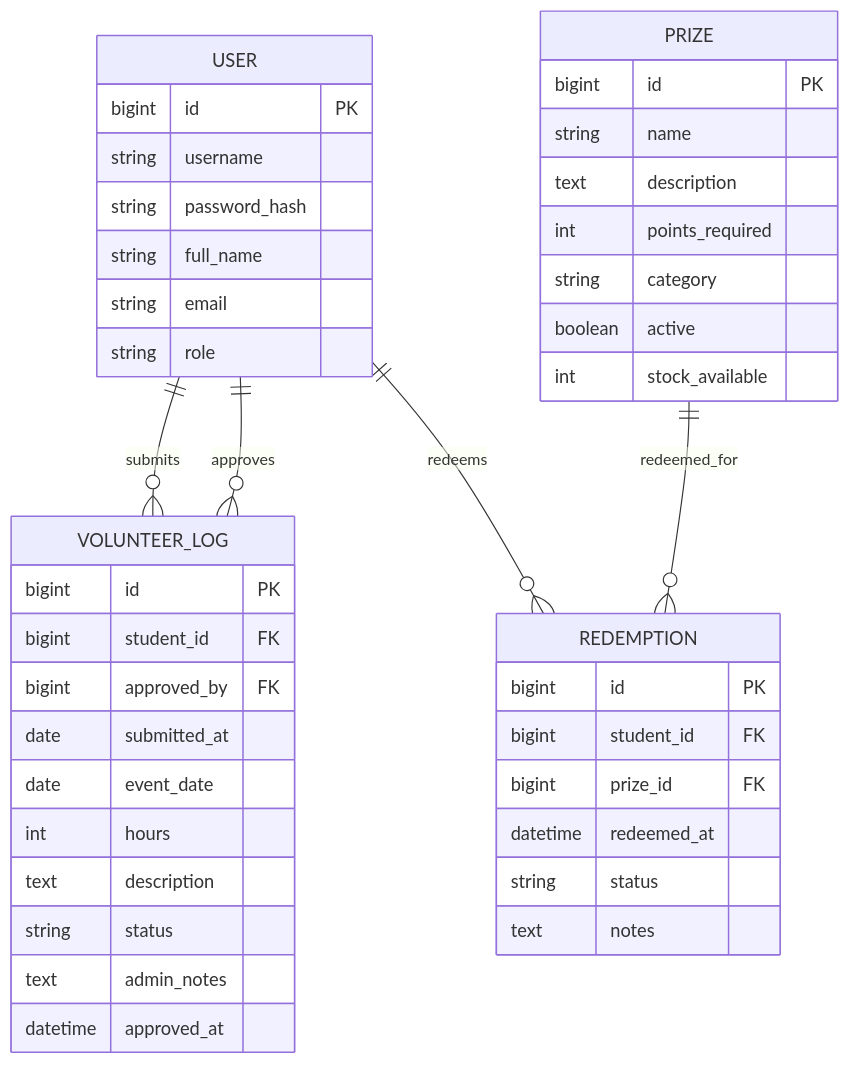
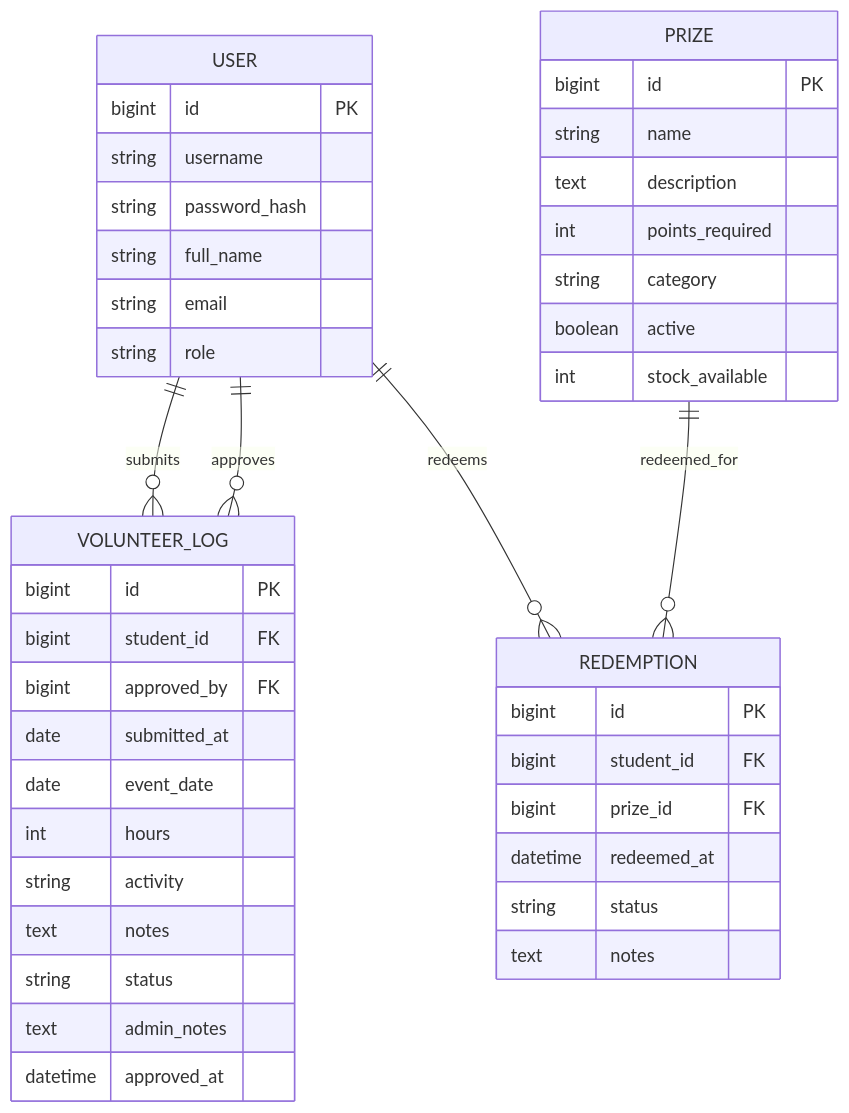
Before and after one commit to JohnathanLaldeo/comp3613a1: the diagram in docs/report.md, drawn with Mermaid. The commit also changed other lines of this file and 14 other files, not shown here.

Commit message:
Workflow 1: separate activity and notes

````diff
--- a/docs/report.md
+++ b/docs/report.md
@@ -28,48 +28,49 @@
 ```mermaid
 erDiagram
   USER ||--o{ VOLUNTEER_LOG : submits
   USER ||--o{ VOLUNTEER_LOG : approves
   USER ||--o{ REDEMPTION : redeems
   PRIZE ||--o{ REDEMPTION : redeemed_for
 
   USER {
     bigint id PK
     string username
     string password_hash
     string full_name
     string email
     string role
   }
 
   VOLUNTEER_LOG {
     bigint id PK
     bigint student_id FK
     bigint approved_by FK
     date submitted_at
     date event_date
     int hours
-    text description
+    string activity
+    text notes
     string status
     text admin_notes
     datetime approved_at
   }
 
   PRIZE {
     bigint id PK
     string name
     text description
     int points_required
     string category
     boolean active
     int stock_available
   }
 
   REDEMPTION {
     bigint id PK
     bigint student_id FK
     bigint prize_id FK
     datetime redeemed_at
     string status
     text notes
   }
 ```
````
